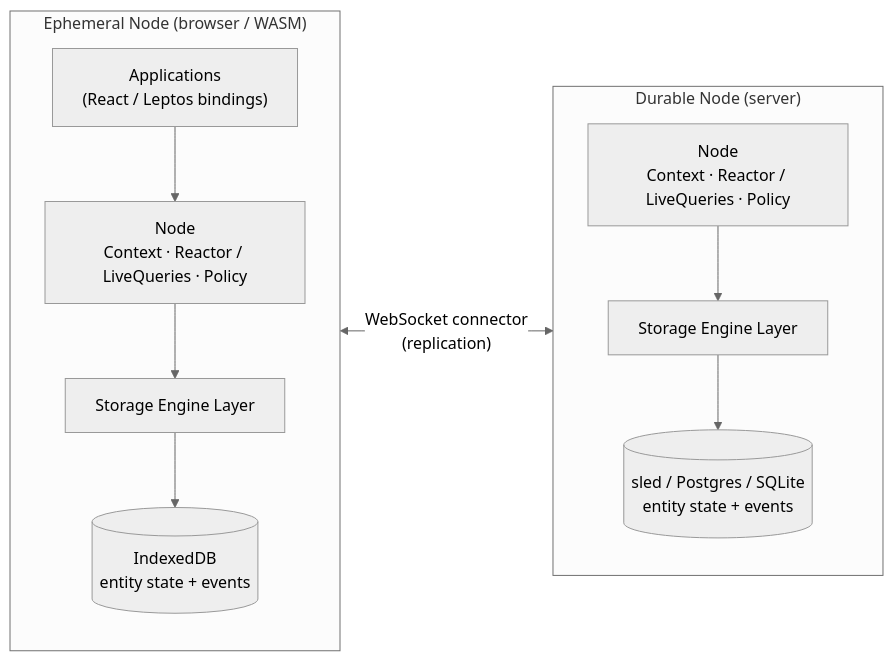
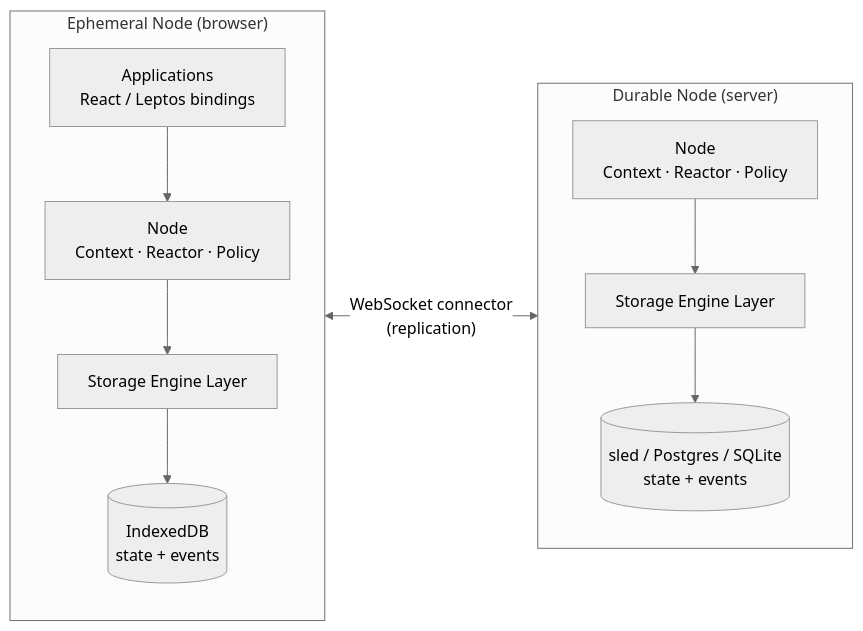
The diagram in src/architecture.md (ankurah/ankurah.org), drawn with Mermaid (neutral theme) before and after one commit. The commit also changed other lines of this file, not shown here.

Commit message:
Fix architecture diagram: one-line subgraph titles, tighter labels
Mermaid clips the second line of a wrapped subgraph title at the border;
the ephemeral node's title did exactly that at content width. Shortened
the title to one line and trimmed node labels, dropping the diagram's
natural width from 880px to ~770px so it renders at full text size in
the 750px content column (verified by headless-Chrome QA at 1280/900/750
widths, light and dark themes, plus the print page).

Also replaced the stale Consistency Model bullets (which still said
conflicts resolve by operation IDs) with a correct summary pointing at
the Conflict Resolution & Guarantees page.

````diff
--- a/src/architecture.md
+++ b/src/architecture.md
@@ -9,24 +9,24 @@
 ```mermaid
 flowchart LR
-    subgraph client["Ephemeral Node (browser / WASM)"]
+    subgraph client["Ephemeral Node (browser)"]
         direction TB
-        app["Applications<br/>(React / Leptos bindings)"]
-        cnode["Node<br/>Context · Reactor / LiveQueries · Policy"]
+        app["Applications<br/>React / Leptos bindings"]
+        cnode["Node<br/>Context · Reactor · Policy"]
         ceng["Storage Engine Layer"]
-        cidb[("IndexedDB<br/>entity state + events")]
+        cidb[("IndexedDB<br/>state + events")]
         app --> cnode
         cnode --> ceng
         ceng --> cidb
     end
 
     subgraph server["Durable Node (server)"]
         direction TB
-        snode["Node<br/>Context · Reactor / LiveQueries · Policy"]
+        snode["Node<br/>Context · Reactor · Policy"]
         seng["Storage Engine Layer"]
-        sstore[("sled / Postgres / SQLite<br/>entity state + events")]
+        sstore[("sled / Postgres / SQLite<br/>state + events")]
         snode --> seng
         seng --> sstore
     end
 
     client <-->|"WebSocket connector<br/>(replication)"| server
 ```
````
